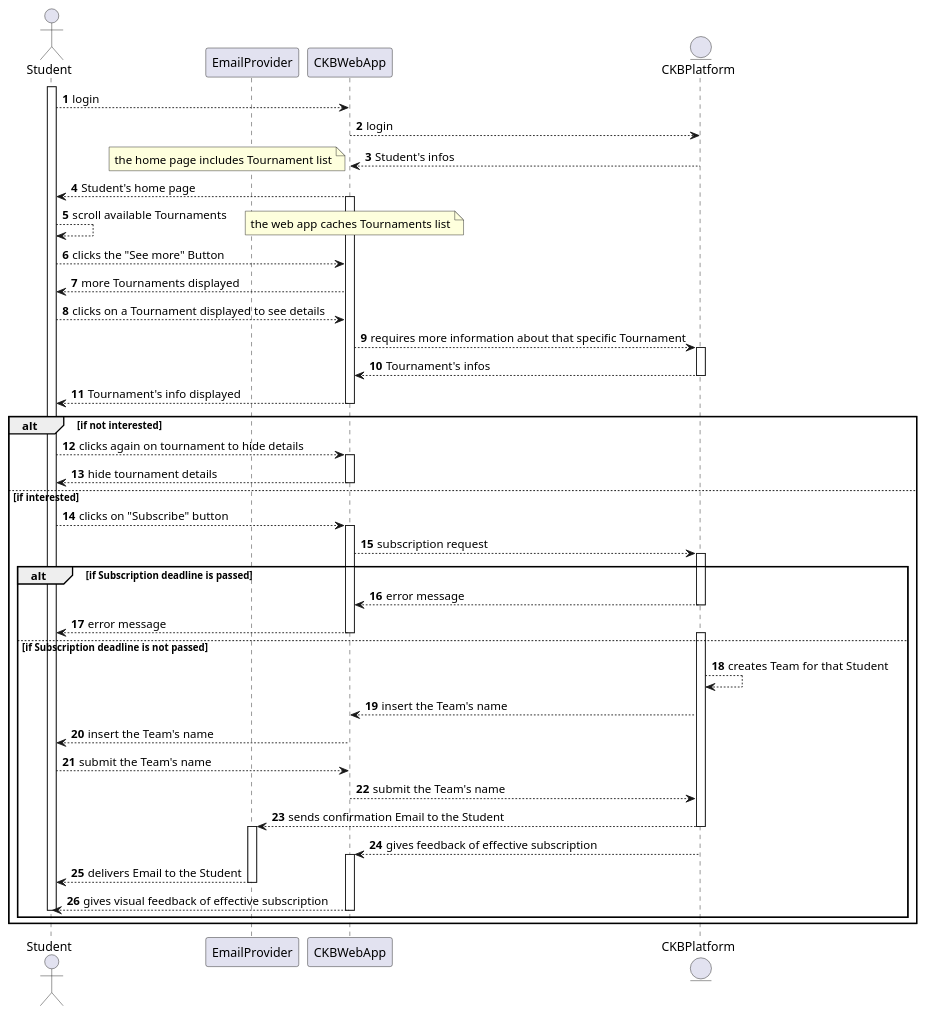
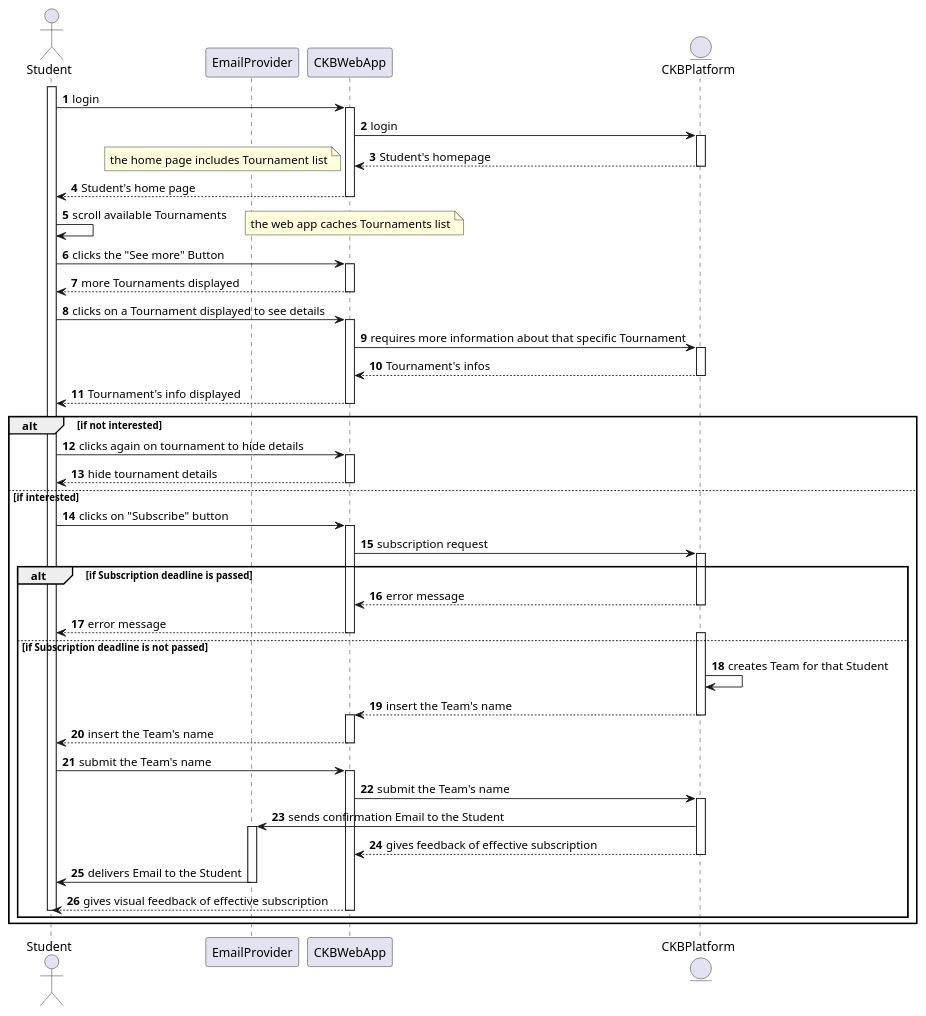
One commit to Angelo7672/SE2_Requirement-and-Design-Document changed the diagram in _RASD/Images/UML/sequenceDiagram/sequenceDiagramUC3.wsd. Above: the diagram before and after it, drawn with PlantUML. The commit also changed 24 other files, not shown here.

Commit message:
sequence diagram fix

```diff
--- a/_RASD/Images/UML/sequenceDiagram/sequenceDiagramUC3.wsd
+++ b/_RASD/Images/UML/sequenceDiagram/sequenceDiagramUC3.wsd
@@ -1,68 +1,77 @@
 @startuml
+
 autonumber
 actor Student as S
 participant EmailProvider as E
 participant CKBWebApp as A
 entity CKBPlatform as P
 
-
 activate S
-S--->A: login
-A--->P: login
-A<---P: Student's infos
+S->A: login
+activate A
+A->P: login
+activate P
+A<---P: Student's homepage
 deactivate P
 note left
     the home page includes Tournament list
 end note
 S<---A: Student's home page
-activate A
-S--->S: scroll available Tournaments
+deactivate A
+S->S: scroll available Tournaments
 note right
     the web app caches Tournaments list
 end note
-S--->A: clicks the "See more" Button
+S->A: clicks the "See more" Button
+activate A
 S<---A: more Tournaments displayed
-S--->A: clicks on a Tournament displayed to see details
-A--->P: requires more information about that specific Tournament
+deactivate A
+S->A: clicks on a Tournament displayed to see details
+activate A
+A->P: requires more information about that specific Tournament
 activate P
 A<---P: Tournament's infos
 deactivate P
 S<---A: Tournament's info displayed
 deactivate A
 
 alt if not interested
-    S--->A: clicks again on tournament to hide details
+    S->A: clicks again on tournament to hide details
     activate A
     S<---A: hide tournament details
     deactivate A
 else if interested
-    S--->A: clicks on "Subscribe" button
+    S->A: clicks on "Subscribe" button
     activate A
-    A--->P: subscription request
+    A->P: subscription request
     activate P
 
     alt if Subscription deadline is passed
         P--->A: error message
         deactivate P
         S<--A: error message
         deactivate A
     else if Subscription deadline is not passed
         activate P
-        P--->P: creates Team for that Student
+        P->P: creates Team for that Student
         P--->A: insert the Team's name
+        deactivate P
+        activate A
         A--->S: insert the Team's name
-        S--->A: submit the Team's name
-        A--->P: submit the Team's name
-        P--->E: sends confirmation Email to the Student
-        deactivate P
+        deactivate A
+        S->A: submit the Team's name
+        activate A
+        A->P: submit the Team's name
+        activate P
+        P->E: sends confirmation Email to the Student
         activate E
         A<---P: gives feedback of effective subscription
-        activate A
-        E--->S: delivers Email to the Student
+         deactivate P
+        E->S: delivers Email to the Student
         deactivate E
         S<---A: gives visual feedback of effective subscription
         deactivate A
         deactivate S
     end
 end
 @enduml
```
